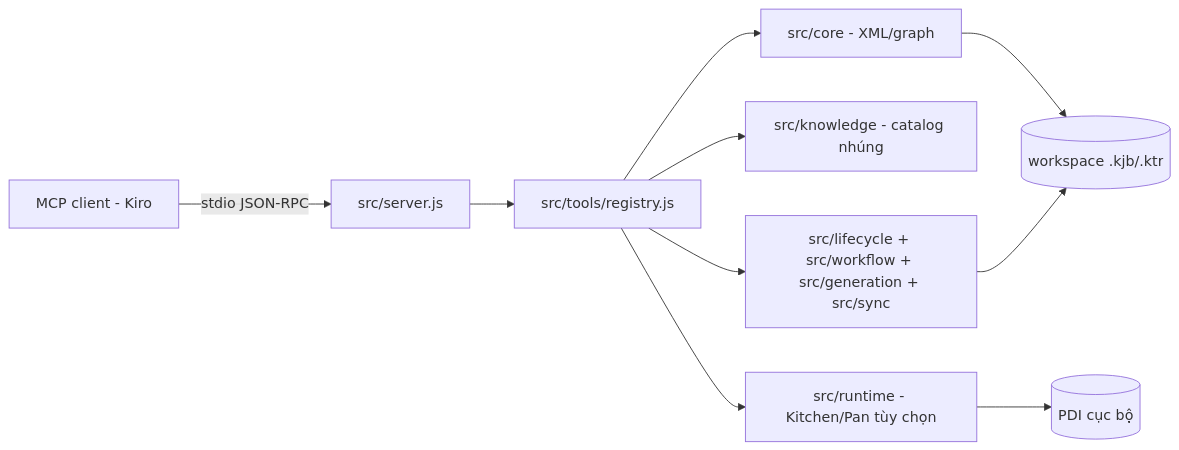
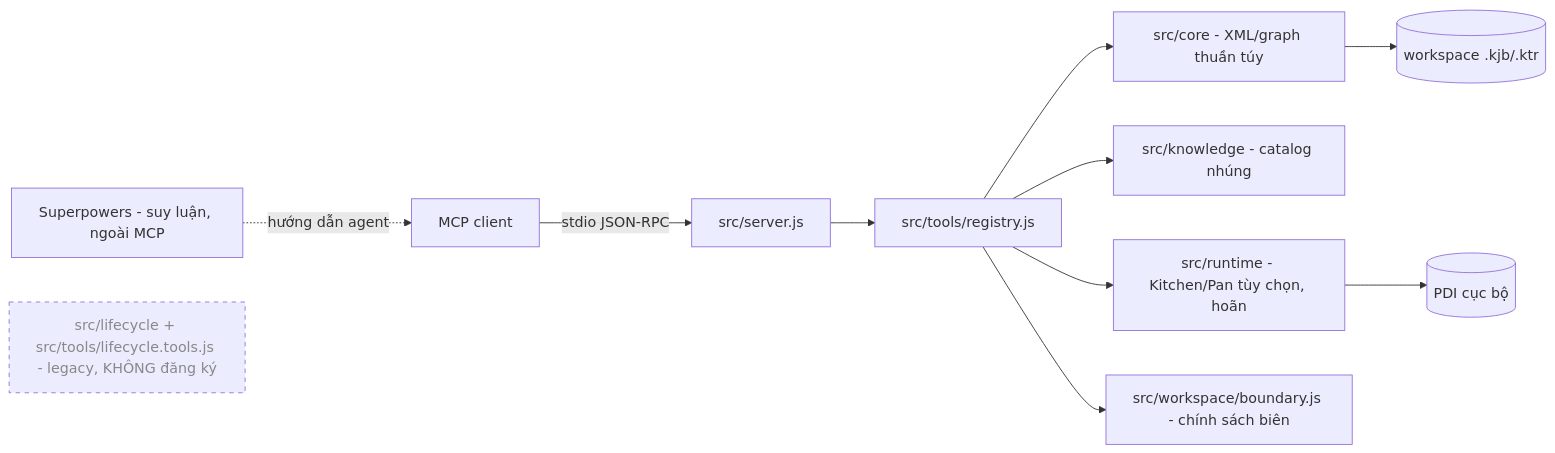
Before and after one commit to TumRoyall/pentaho-mcp-server: the second of 2 diagrams in README.md, drawn with Mermaid. The commit also changed other lines of this file and 11 other files, not shown here.

Commit message:
docs: adopt Superpowers-driven Pentaho workflow

````diff
--- a/README.md
+++ b/README.md
@@ -82,12 +101,14 @@
 ```mermaid
 flowchart LR
-    Client[MCP client - Kiro] -->|stdio JSON-RPC| Server[src/server.js]
+    SP[Superpowers - suy luận, ngoài MCP] -. hướng dẫn agent .-> Client
+    Client[MCP client] -->|stdio JSON-RPC| Server[src/server.js]
     Server --> Registry[src/tools/registry.js]
-    Registry --> Core[src/core - XML/graph]
+    Registry --> Core[src/core - XML/graph thuần túy]
     Registry --> Knowledge[src/knowledge - catalog nhúng]
-    Registry --> Lifecycle[src/lifecycle + src/workflow + src/generation + src/sync]
-    Registry --> Runtime[src/runtime - Kitchen/Pan tùy chọn]
+    Registry --> Runtime[src/runtime - Kitchen/Pan tùy chọn, hoãn]
+    Registry --> Boundary[src/workspace/boundary.js - chính sách biên]
     Core --> Workspace[(workspace .kjb/.ktr)]
-    Lifecycle --> Workspace
     Runtime --> PDI[(PDI cục bộ)]
+    Legacy[src/lifecycle + src/tools/lifecycle.tools.js - legacy, KHÔNG đăng ký]:::legacy
+    classDef legacy stroke-dasharray: 5 5,color:#888;
 ```
````
